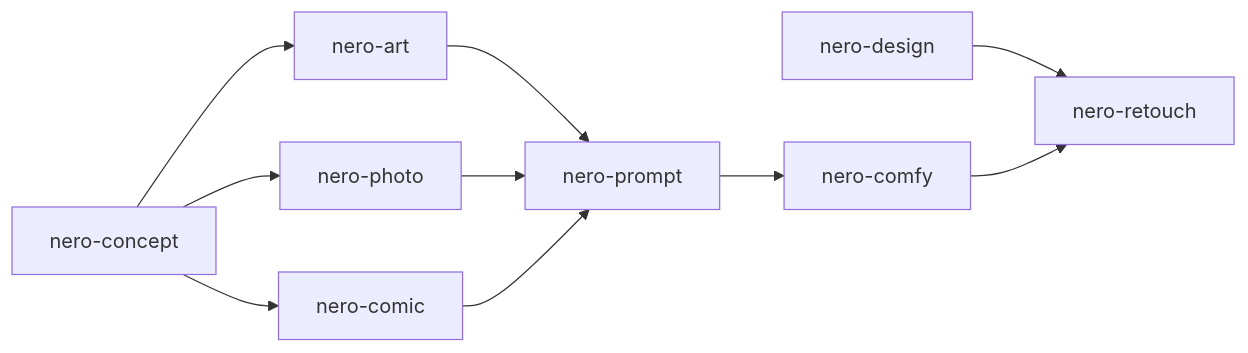
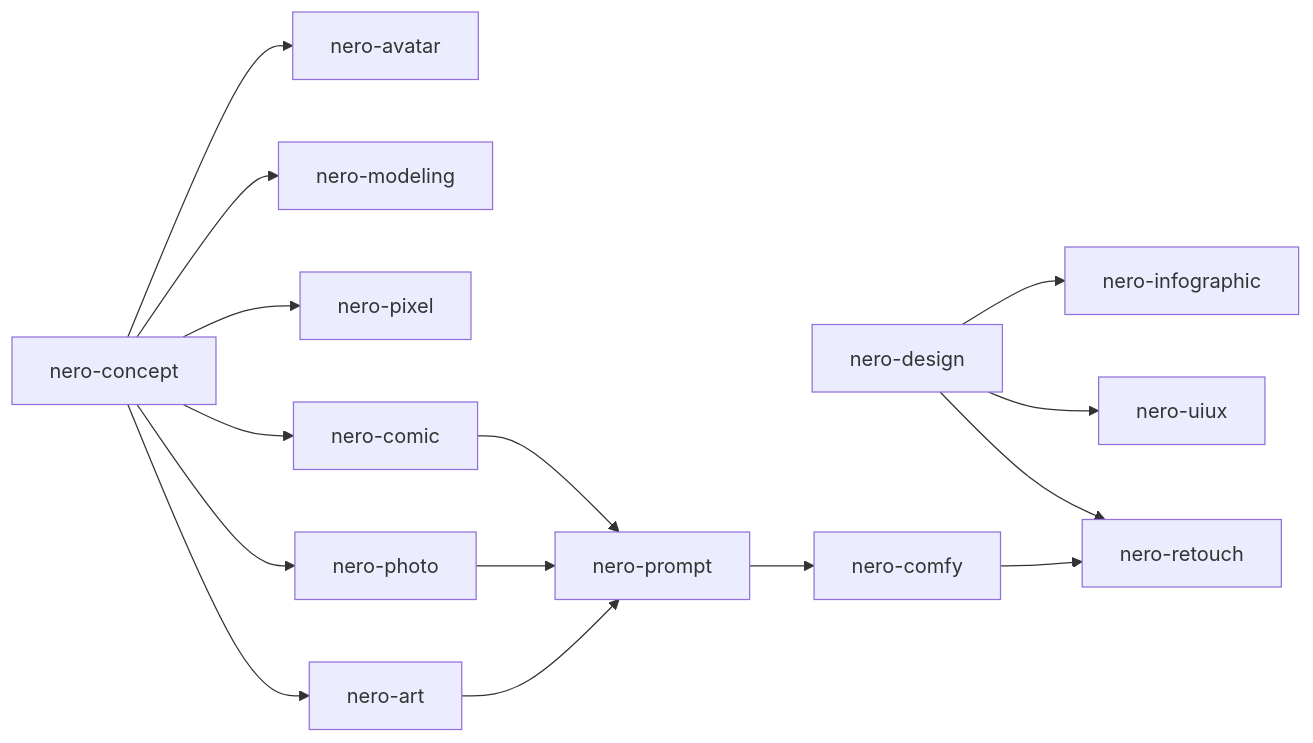
Before and after one commit to KMC1525/nero: the fourth of 7 diagrams in README.md, drawn with Mermaid. The commit also changed other lines of this file and 103 other files, not shown here.

````diff
--- a/README.md
+++ b/README.md
@@ -621,12 +671,17 @@
 ```mermaid
 flowchart LR
     CN[nero-concept] --> AR[nero-art]
     CN --> PH[nero-photo]
     CN --> CO[nero-comic]
     AR --> PM[nero-prompt]
     PH --> PM
     CO --> PM
     DS[nero-design] --> RT[nero-retouch]
     PM --> CF[nero-comfy]
     CF --> RT
+    CN --> PX[nero-pixel]
+    CN --> MD[nero-modeling]
+    CN --> AV[nero-avatar]
+    DS --> UX[nero-uiux]
+    DS --> IG[nero-infographic]
 ```
````
